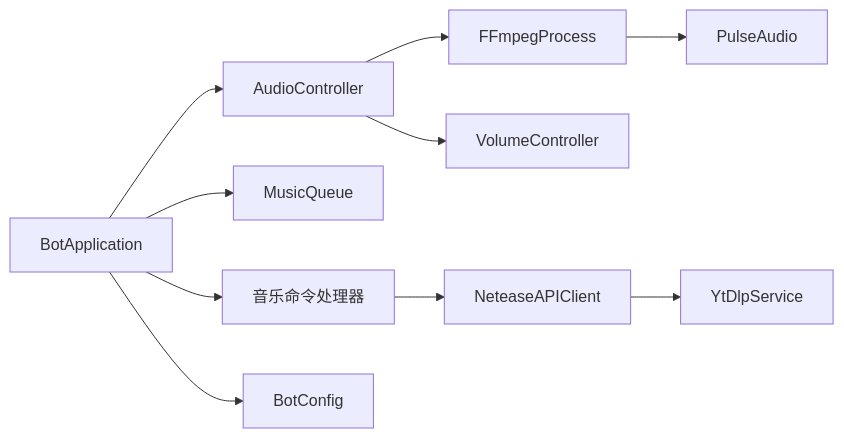
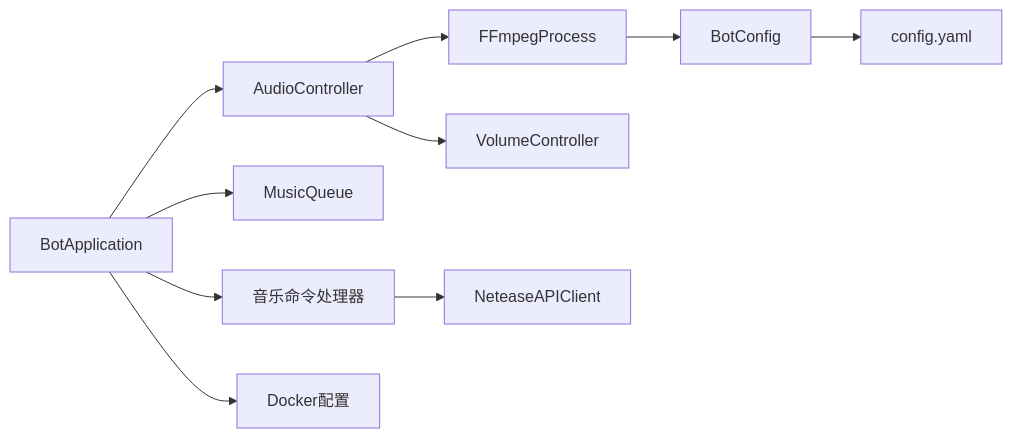
Before and after one commit to GhoulOwl/Teamspeak3_Bot: the seventh of 7 diagrams in .qoder/repowiki/zh/content/音乐播放系统/FFmpeg集成.md, drawn with Mermaid. The commit also changed other lines of this file and 7 other files, not shown here.

````diff
--- a/.qoder/repowiki/zh/content/音乐播放系统/FFmpeg集成.md
+++ b/.qoder/repowiki/zh/content/音乐播放系统/FFmpeg集成.md
@@ -317,12 +355,12 @@
 ```mermaid
 graph LR
 AC["AudioController"] --> FF["FFmpegProcess"]
 AC --> VC["VolumeController"]
 APP["BotApplication"] --> AC
 APP --> MQ["MusicQueue"]
 APP --> CMD["音乐命令处理器"]
 CMD --> NC["NeteaseAPIClient"]
-NC --> YT["YtDlpService"]
-FF --> PA["PulseAudio"]
-APP --> CFG["BotConfig"]
+FF --> CFG["BotConfig"]
+CFG --> YAML["config.yaml"]
+APP --> DC["Docker配置"]
 ```
````
